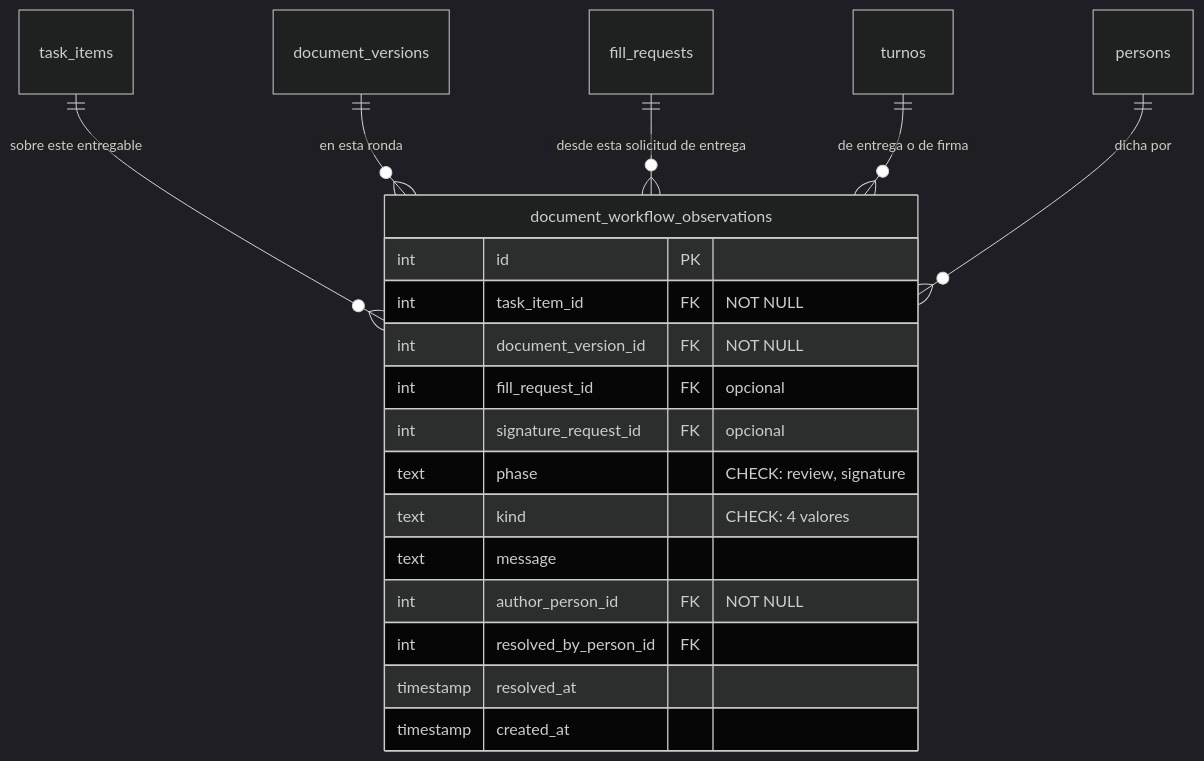
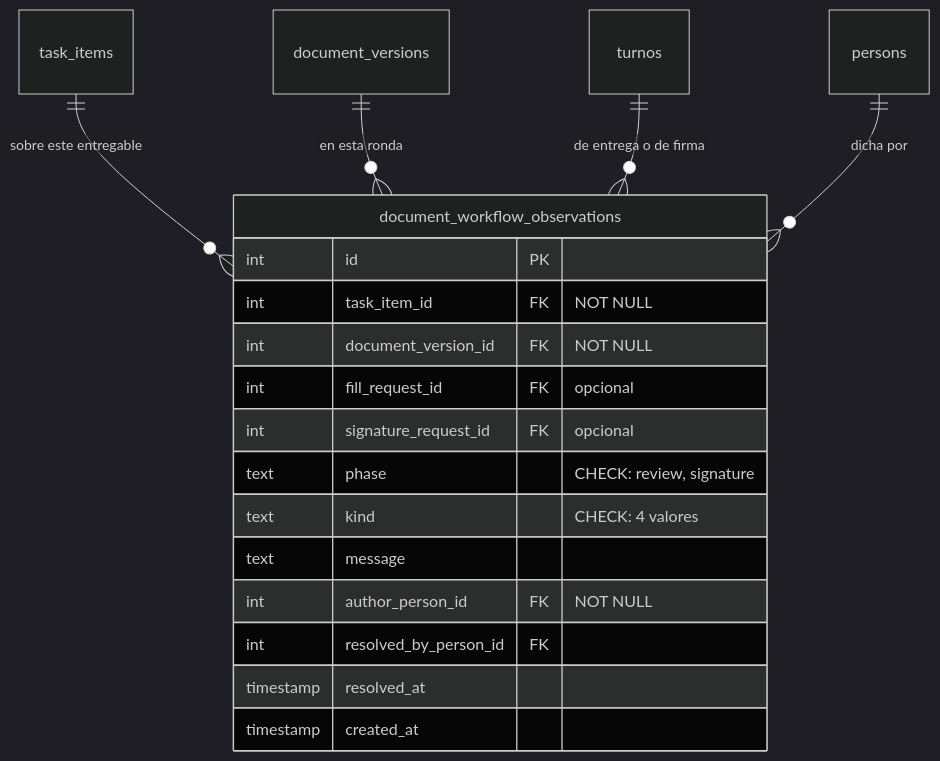
Before and after one commit to fresvel/deasy: the diagram in docs/src/content/docs/modelo/cierre.md, drawn with Mermaid (dark theme). The commit also changed 71 other files, not shown here.

````diff
--- a/docs/src/content/docs/modelo/cierre.md
+++ b/docs/src/content/docs/modelo/cierre.md
@@ -55,23 +55,22 @@
 ```mermaid
 erDiagram
   task_items ||--o{ document_workflow_observations : "sobre este entregable"
   document_versions ||--o{ document_workflow_observations : "en esta ronda"
-  fill_requests ||--o{ document_workflow_observations : "desde esta solicitud de entrega"
   turnos ||--o{ document_workflow_observations : "de entrega o de firma"
   persons ||--o{ document_workflow_observations : "dicha por"
 
   document_workflow_observations {
     int id PK
     int task_item_id FK "NOT NULL"
     int document_version_id FK "NOT NULL"
     int fill_request_id FK "opcional"
     int signature_request_id FK "opcional"
     text phase "CHECK: review, signature"
     text kind "CHECK: 4 valores"
     text message
     int author_person_id FK "NOT NULL"
     int resolved_by_person_id FK
     timestamp resolved_at
     timestamp created_at
   }
 ```
````
